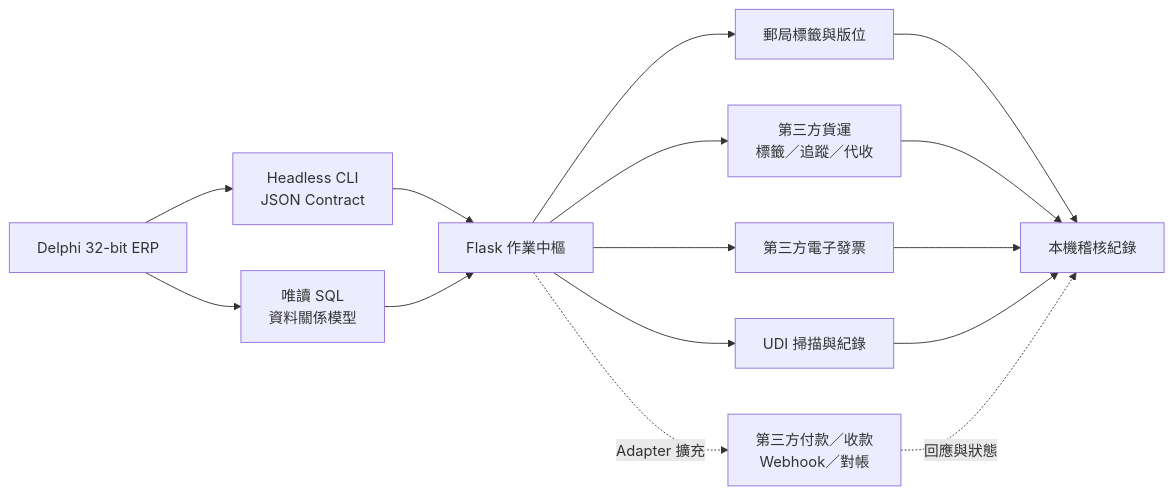
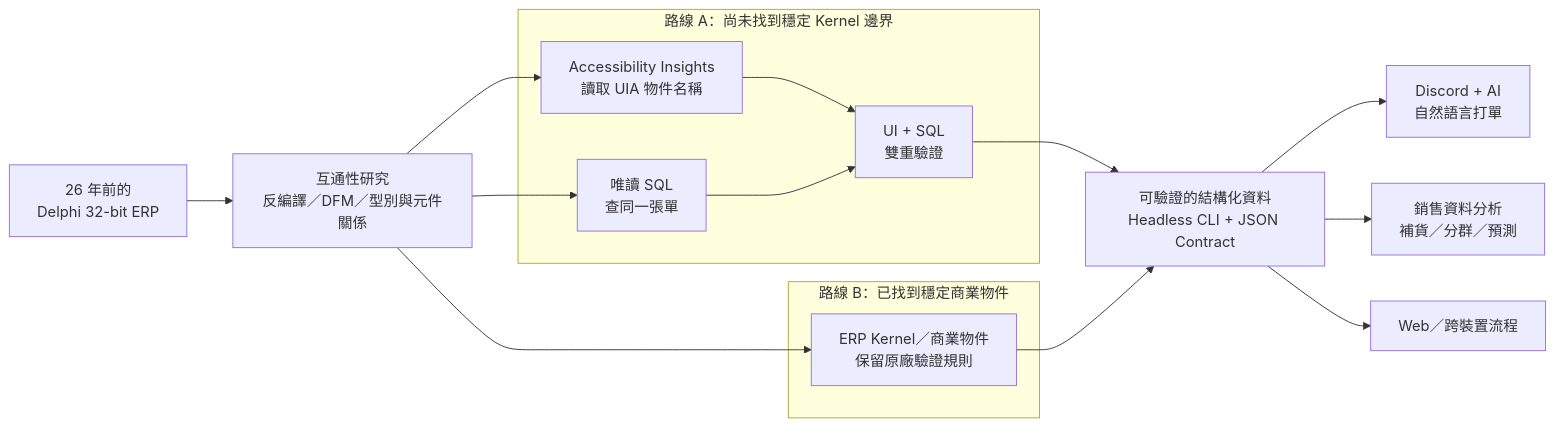
The first of 2 diagrams in README.md (joeIvan2/legacy-erp-headless-bridge), drawn with Mermaid before and after one commit. The commit also changed other lines of this file and 7 other files, not shown here.

````diff
--- a/README.md
+++ b/README.md
@@ -86,28 +15,32 @@
 ```mermaid
 flowchart LR
-    ERP[Delphi 32-bit ERP]
-    CLI[Headless CLI<br/>JSON Contract]
-    Model[唯讀 SQL<br/>資料關係模型]
-    Hub[Flask 作業中樞]
-    Postal[郵局標籤與版位]
-    Freight[第三方貨運<br/>標籤／追蹤／代收]
-    Invoice[第三方電子發票]
-    UDI[UDI 掃描與紀錄]
-    Payment[第三方付款／收款<br/>Webhook／對帳]
-    Audit[本機稽核紀錄]
+    ERP[26 年前的<br/>Delphi 32-bit ERP]
+    Research[互通性研究<br/>反編譯／DFM／型別與元件關係]
 
-    ERP --> CLI
-    ERP --> Model
-    CLI --> Hub
-    Model --> Hub
-    Hub --> Postal
-    Hub --> Freight
-    Hub --> Invoice
-    Hub --> UDI
-    Hub -. Adapter 擴充 .-> Payment
-    Postal --> Audit
-    Freight --> Audit
-    Invoice --> Audit
-    UDI --> Audit
-    Payment -. 回應與狀態 .-> Audit
+    subgraph A[路線 A：尚未找到穩定 Kernel 邊界]
+        UIA[Accessibility Insights<br/>讀取 UIA 物件名稱]
+        SQL[唯讀 SQL<br/>查同一張單]
+        Double[UI + SQL<br/>雙重驗證]
+        UIA --> Double
+        SQL --> Double
+    end
+
+    subgraph B[路線 B：已找到穩定商業物件]
+        Kernel[ERP Kernel／商業物件<br/>保留原廠驗證規則]
+    end
+
+    Data[可驗證的結構化資料<br/>Headless CLI + JSON Contract]
+    Discord[Discord + AI<br/>自然語言打單]
+    Insight[銷售資料分析<br/>補貨／分群／預測]
+    Web[Web／跨裝置流程]
+
+    ERP --> Research
+    Research --> UIA
+    Research --> SQL
+    Research --> Kernel
+    Double --> Data
+    Kernel --> Data
+    Data --> Discord
+    Data --> Insight
+    Data --> Web
 ```
````
